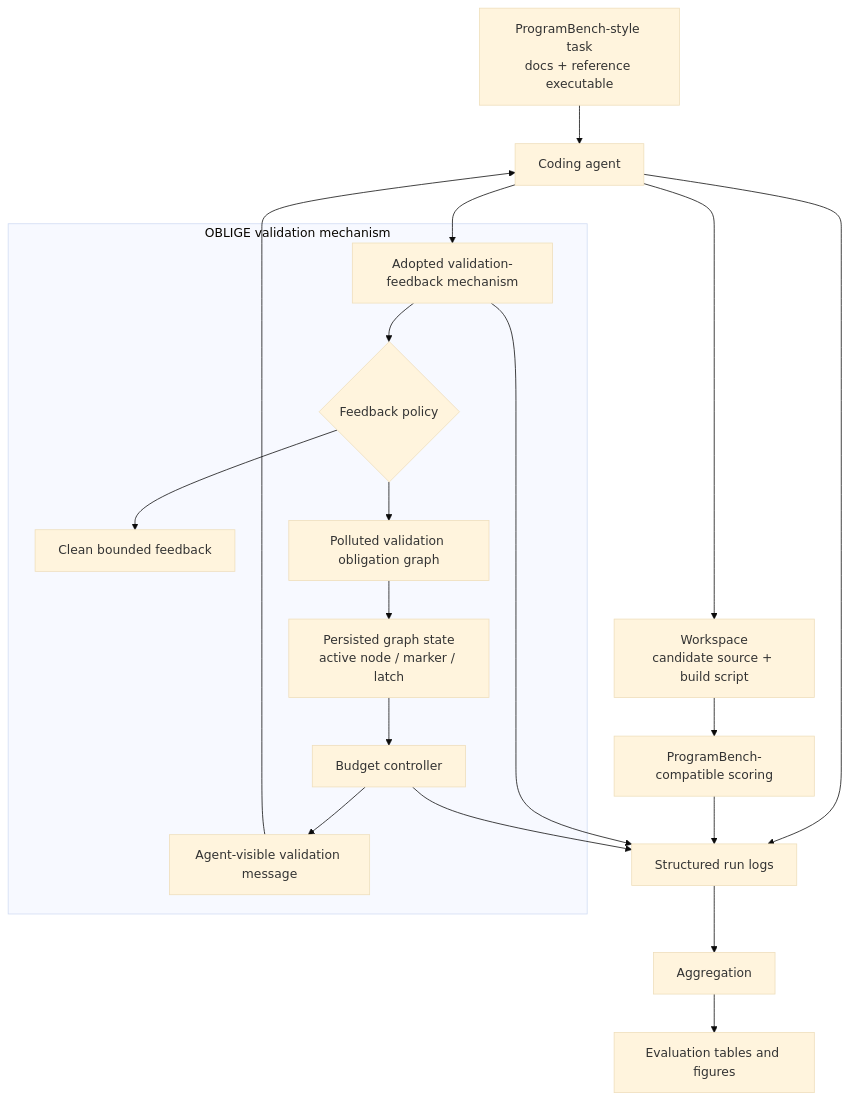
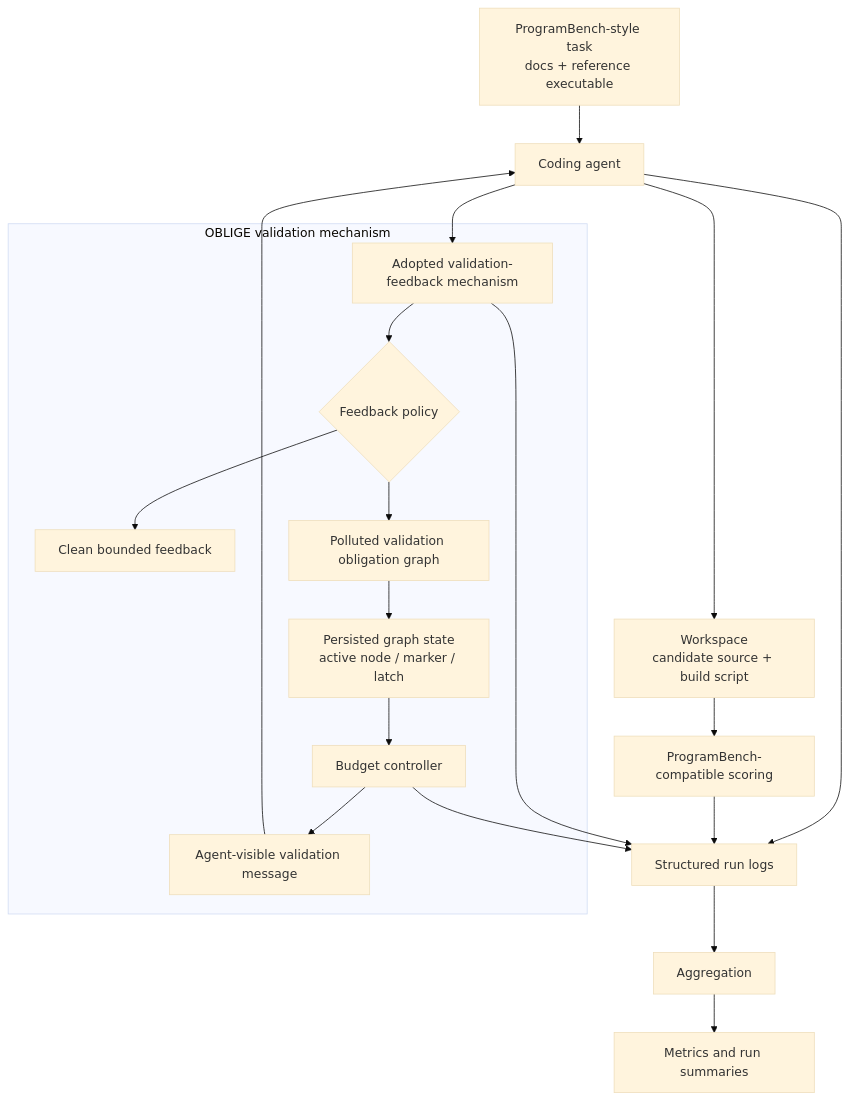
Before and after one commit to yx-yuu/OBLIGE: the diagram in README.md, drawn with Mermaid (base theme). The commit also changed other lines of this file and 10 other files, not shown here.

Commit message:
Refine README usage flow

````diff
--- a/README.md
+++ b/README.md
@@ -41,24 +42,24 @@
 ```mermaid
 flowchart TB
     TASK[ProgramBench-style task<br/>docs + reference executable] --> AGENT[Coding agent]
     AGENT --> WORK[Workspace<br/>candidate source + build script]
     AGENT --> VF[Adopted validation-feedback mechanism]
 
     subgraph "OBLIGE validation mechanism"
         VF --> POLICY{Feedback policy}
         POLICY --> CLEAN[Clean bounded feedback]
         POLICY --> GRAPH[Polluted validation obligation graph]
         GRAPH --> STATE[Persisted graph state<br/>active node / marker / latch]
         STATE --> CTRL[Budget controller]
         CTRL --> MSG[Agent-visible validation message]
     end
 
     MSG --> AGENT
     WORK --> SCORE[ProgramBench-compatible scoring]
     AGENT --> LOGS[Structured run logs]
     VF --> LOGS
     CTRL --> LOGS
     SCORE --> LOGS
     LOGS --> AGG[Aggregation]
-    AGG --> EVAL[Evaluation tables and figures]
+    AGG --> OUT[Metrics and run summaries]
 ```
````
